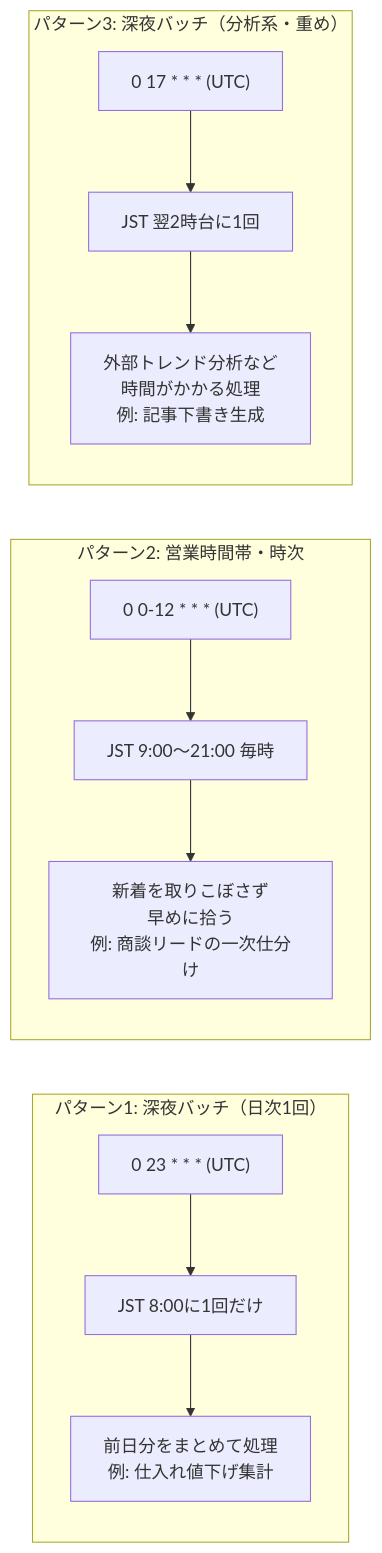
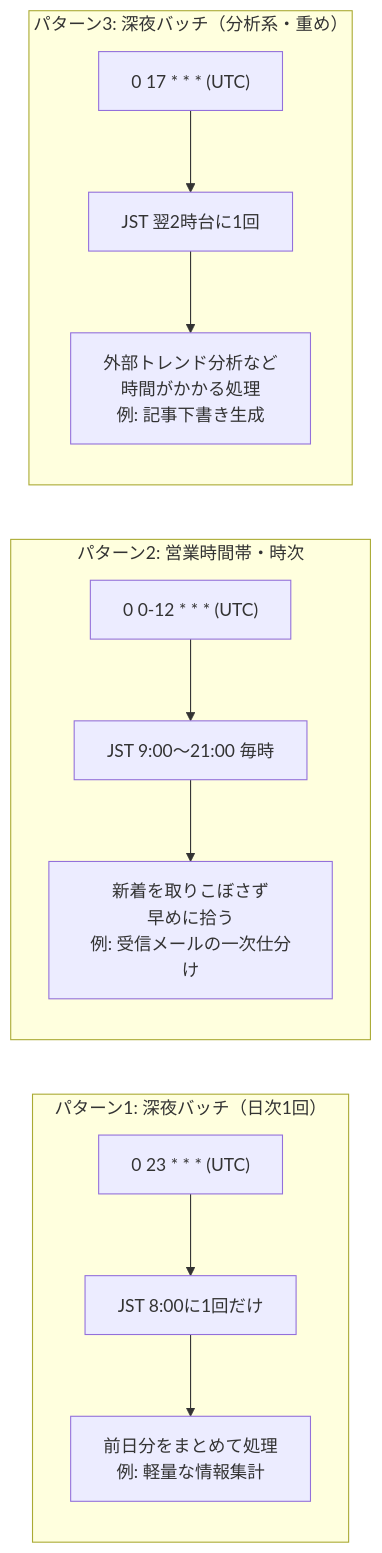
Before and after one commit to geeknow112/qiita-devex12: the diagram in public/claude-code-routine-cron-permission-design.md, drawn with Mermaid. The commit also changed other lines of this file, not shown here.

````diff
--- a/public/claude-code-routine-cron-permission-design.md
+++ b/public/claude-code-routine-cron-permission-design.md
@@ -42,15 +41,15 @@
 ```mermaid
 flowchart LR
     subgraph P1["パターン1: 深夜バッチ（日次1回）"]
         A1["0 23 * * * (UTC)"] --> A2["JST 8:00に1回だけ"]
-        A2 --> A3["前日分をまとめて処理\n例: 仕入れ値下げ集計"]
+        A2 --> A3["前日分をまとめて処理\n例: 軽量な情報集計"]
     end
     subgraph P2["パターン2: 営業時間帯・時次"]
         B1["0 0-12 * * * (UTC)"] --> B2["JST 9:00〜21:00 毎時"]
-        B2 --> B3["新着を取りこぼさず\n早めに拾う\n例: 商談リードの一次仕分け"]
+        B2 --> B3["新着を取りこぼさず\n早めに拾う\n例: 受信メールの一次仕分け"]
     end
     subgraph P3["パターン3: 深夜バッチ（分析系・重め）"]
         C1["0 17 * * * (UTC)"] --> C2["JST 翌2時台に1回"]
         C2 --> C3["外部トレンド分析など\n時間がかかる処理\n例: 記事下書き生成"]
     end
 ```
````
